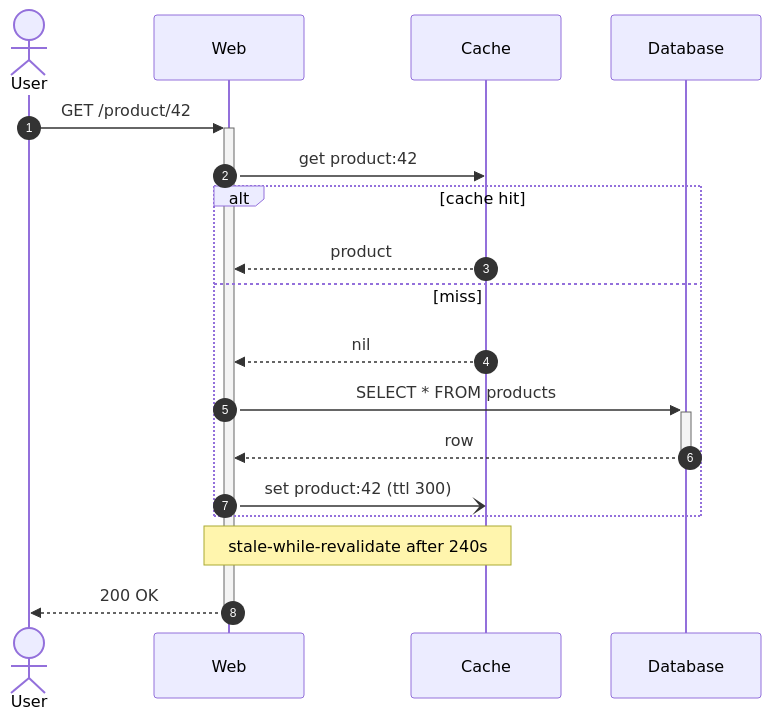
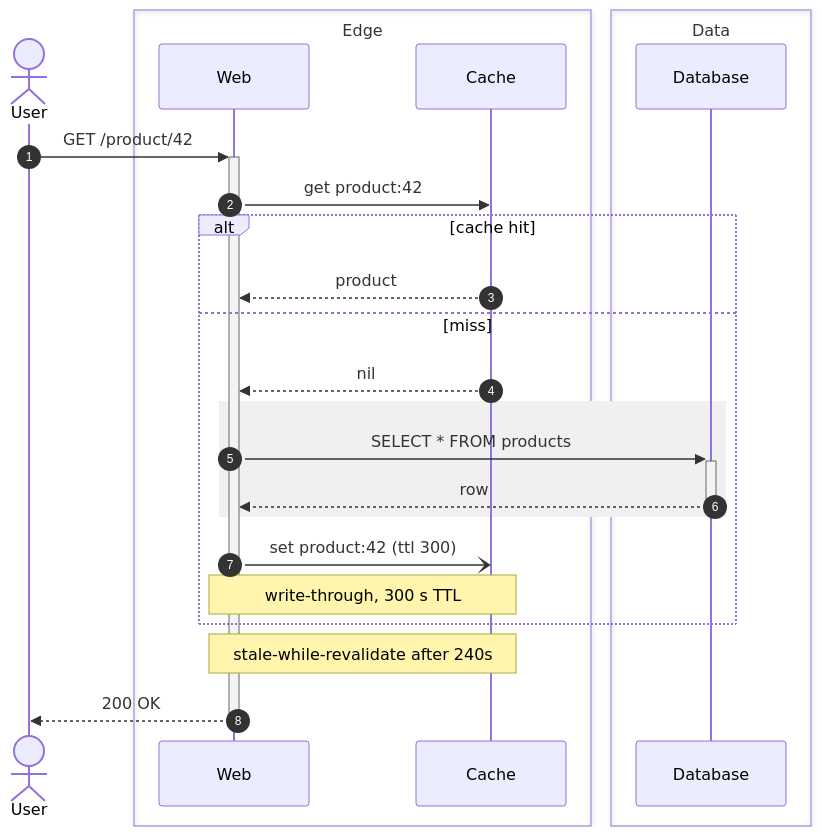
Before and after one commit to grenaad/storyink: the diagram in examples/mermaid/cache.sequence.mmd, drawn with Mermaid. The commit also changed 32 other files, not shown here.

Commit message:
feat: mermaid rect/box/fork/join/choice/notes, sequence note placement, snapshot ffmpeg tile + orphan-proof kills, gallery; docs and schema

```diff
--- a/examples/mermaid/cache.sequence.mmd
+++ b/examples/mermaid/cache.sequence.mmd
@@ -1,18 +1,25 @@
 sequenceDiagram
   autonumber
   actor U as User
-  participant W as Web
-  participant C as Cache
-  participant D as Database
+  box Edge
+    participant W as Web
+    participant C as Cache
+  end
+  box Data
+    participant D as Database
+  end
   U->>+W: GET /product/42
   W->>C: get product:42
   alt cache hit
     C-->>W: product
   else miss
     C-->>W: nil
-    W->>+D: SELECT * FROM products
-    D-->>-W: row
+    rect rgb(240, 240, 240)
+      W->>+D: SELECT * FROM products
+      D-->>-W: row
+    end
     W-)C: set product:42 (ttl 300)
+    Note over W,C: write-through, 300 s TTL
   end
   Note over W,C: stale-while-revalidate after 240s
   W-->>-U: 200 OK
```
